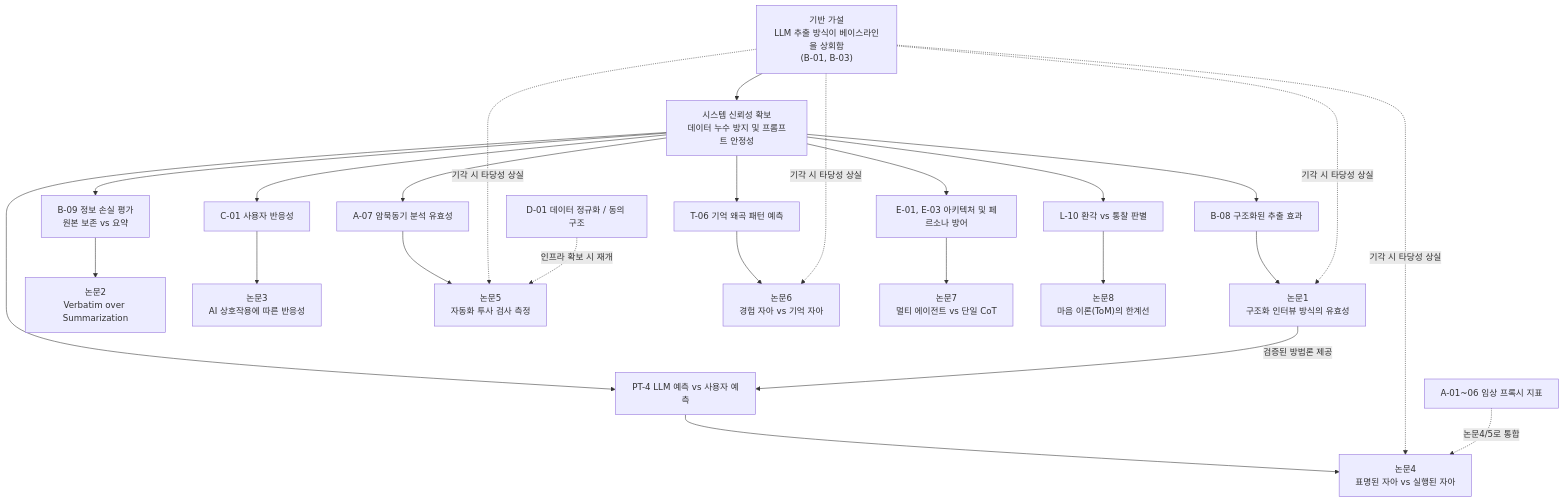
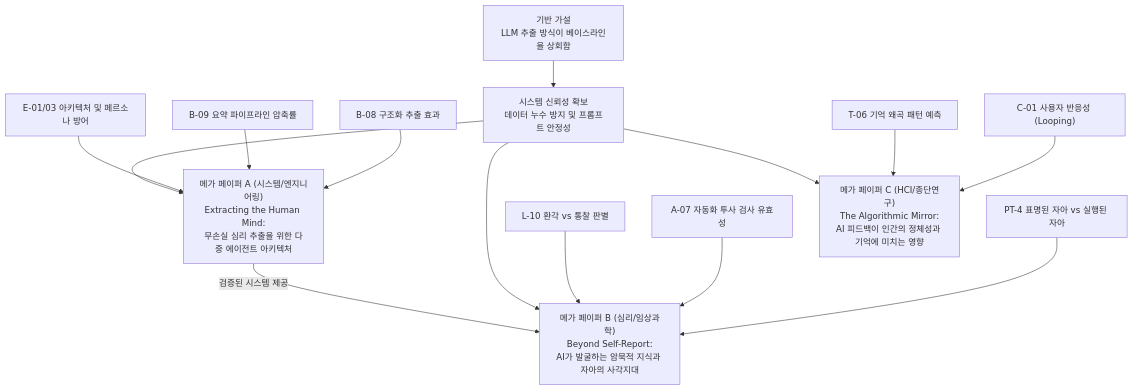
One commit to YiTanJang/extracting-the-human-mind changed the diagram in 논문 전략.md. Above: the diagram before and after it, drawn with Mermaid. The commit also changed other lines of this file, not shown here.

Commit message:
docs: 8개 논문을 3개의 메가 페이퍼(Mega-Paper)로 통합하여 LPU 원천 차단

````diff
--- a/논문 전략.md
+++ b/논문 전략.md
@@ -27,35 +26,34 @@
 ```mermaid
 graph TD
-    R0["기반 가설<br/>LLM 추출 방식이 베이스라인을 상회함<br/>(B-01, B-03)"]
+    R0["기반 가설<br/>LLM 추출 방식이 베이스라인을 상회함"]
     FND["시스템 신뢰성 확보<br/>데이터 누수 방지 및 프롬프트 안정성"]
     R0 --> FND
 
-    %% 주요 연구
-    K1["B-08 구조화된 추출 효과"] --> P1["논문1<br/>구조화 인터뷰 방식의 유효성"]
-    K2["B-09 정보 손실 평가<br/>원본 보존 vs 요약"] --> P2["논문2<br/>Verbatim over Summarization"]
+    %% 메가 페이퍼 A
+    MA_1["B-08 구조화 추출 효과"]
+    MA_2["B-09 요약 파이프라인 압축률"]
+    MA_3["E-01/03 아키텍처 및 페르소나 방어"]
+    MA_1 --> MEGA_A
+    MA_2 --> MEGA_A
+    MA_3 --> MEGA_A
+    MEGA_A["메가 페이퍼 A (시스템/엔지니어링)<br/>Extracting the Human Mind:<br/>무손실 심리 추출을 위한 다중 에이전트 아키텍처"]
 
-    %% 독립 연구
-    K3["C-01 사용자 반응성"] --> P3["논문3<br/>AI 상호작용에 따른 반응성"]
+    %% 메가 페이퍼 B
+    MB_1["PT-4 표명된 자아 vs 실행된 자아"]
+    MB_2["A-07 자동화 투사 검사 유효성"]
+    MB_3["L-10 환각 vs 통찰 판별"]
+    MB_1 --> MEGA_B
+    MB_2 --> MEGA_B
+    MB_3 --> MEGA_B
+    MEGA_B["메가 페이퍼 B (심리/임상과학)<br/>Beyond Self-Report:<br/>AI가 발굴하는 암묵적 지식과 자아의 사각지대"]
 
-    %% 후속 연구 (기반 가설 의존)
-    K4["PT-4 LLM 예측 vs 사용자 예측"] --> P4["논문4<br/>표명된 자아 vs 실행된 자아"]
-    K5["A-07 암묵동기 분석 유효성"] --> P5["논문5<br/>자동화 투사 검사 측정"]
-    K6["T-06 기억 왜곡 패턴 예측"] --> P6["논문6<br/>경험 자아 vs 기억 자아"]
+    %% 메가 페이퍼 C
+    MC_1["C-01 사용자 반응성 (Looping)"]
+    MC_2["T-06 기억 왜곡 패턴 예측"]
+    MC_1 --> MEGA_C
+    MC_2 --> MEGA_C
+    MEGA_C["메가 페이퍼 C (HCI/종단연구)<br/>The Algorithmic Mirror:<br/>AI 피드백이 인간의 정체성과 기억에 미치는 영향"]
 
-    %% 신규 연구
-    K7["E-01, E-03 아키텍처 및 페르소나 방어"] --> P7["논문7<br/>멀티 에이전트 vs 단일 CoT"]
-    K8["L-10 환각 vs 통찰 판별"] --> P8["논문8<br/>마음 이론(ToM)의 한계선"]
-
-    %% 보류/통합 대상
-    D01["D-01 데이터 정규화 / 동의 구조"]
-    CL["A-01~06 임상 프록시 지표"]
-
-    FND --> K1 & K2 & K3 & K4 & K5 & K6 & K7 & K8
-    R0 -.->|기각 시 타당성 상실| P1
-    R0 -.->|기각 시 타당성 상실| P4
-    R0 -.->|기각 시 타당성 상실| P5
-    R0 -.->|기각 시 타당성 상실| P6
-    P1 -->|검증된 방법론 제공| K4
-    CL -.->|논문4/5로 통합| P4
-    D01 -.->|인프라 확보 시 재개| P5
+    FND --> MEGA_A & MEGA_B & MEGA_C
+    MEGA_A -->|검증된 시스템 제공| MEGA_B
 ```
````
